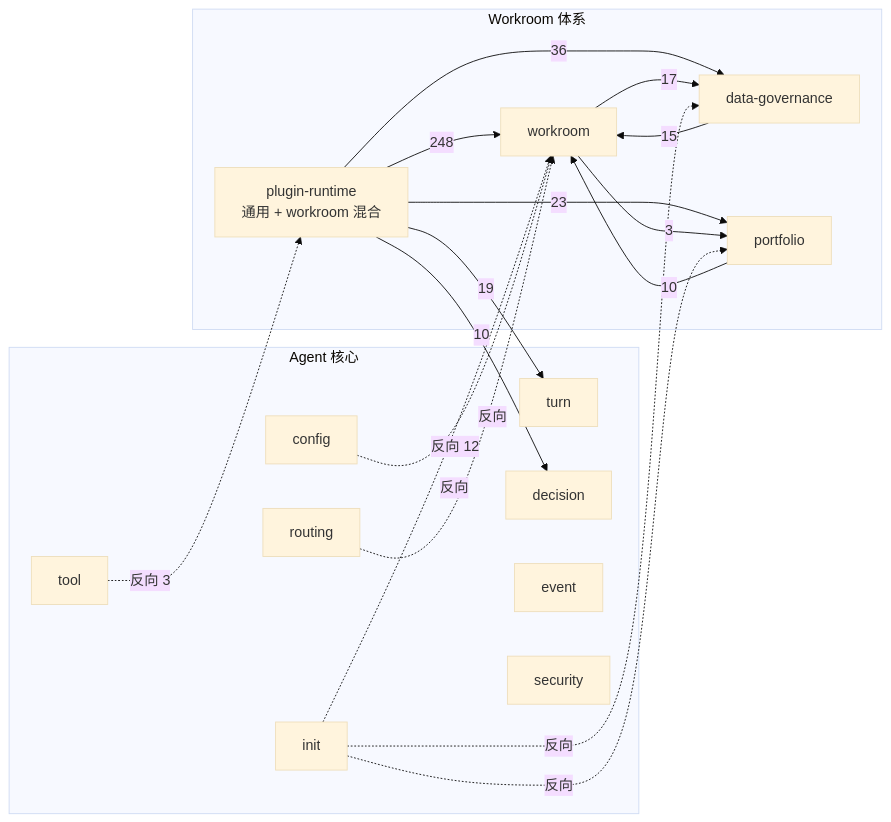
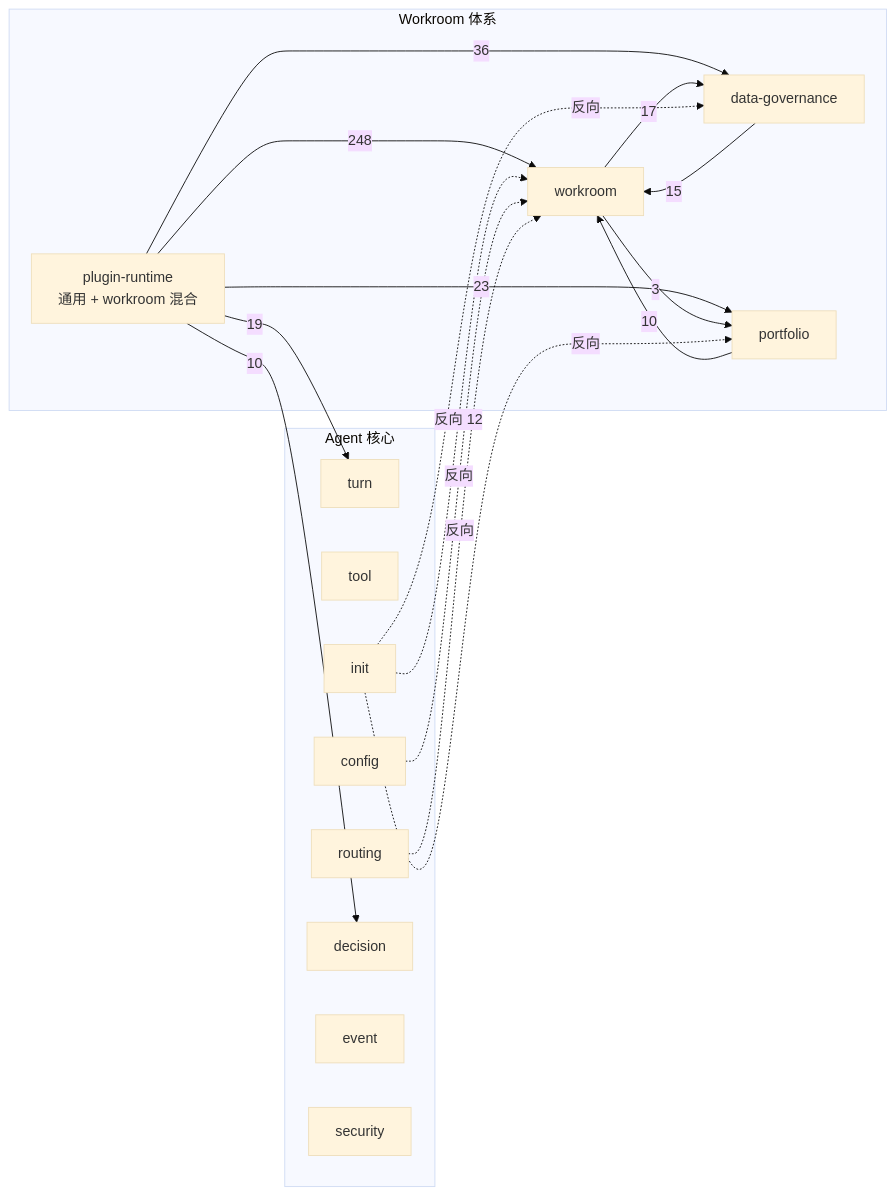
One commit to zhinjs/zhin changed the diagram in docs/plans/workroom-group-collaboration-redesign.md. Above: the diagram before and after it, drawn with Mermaid (base theme). The commit also changed other lines of this file and 10 other files, not shown here.

````diff
--- a/docs/plans/workroom-group-collaboration-redesign.md
+++ b/docs/plans/workroom-group-collaboration-redesign.md
@@ -34,27 +34,26 @@
 ```mermaid
 graph LR
   subgraph Core[Agent 核心]
     turn; tool; init; config; routing; decision; event; security
   end
   subgraph W[Workroom 体系]
     PR[plugin-runtime<br/>通用 + workroom 混合]
     WR[workroom]
     DG[data-governance]
     PF[portfolio]
   end
   PR -->|248| WR
   PR -->|36| DG
   PR -->|23| PF
   PF -->|10| WR
   WR -->|17| DG
   DG -->|15| WR
   WR -->|3| PF
   PR -->|19| turn
   PR -->|10| decision
   init -.->|反向 12| WR
   init -.->|反向| DG
   init -.->|反向| PF
   config -.->|反向| WR
   routing -.->|反向| WR
-  tool -.->|反向 3| PR
 ```
````
